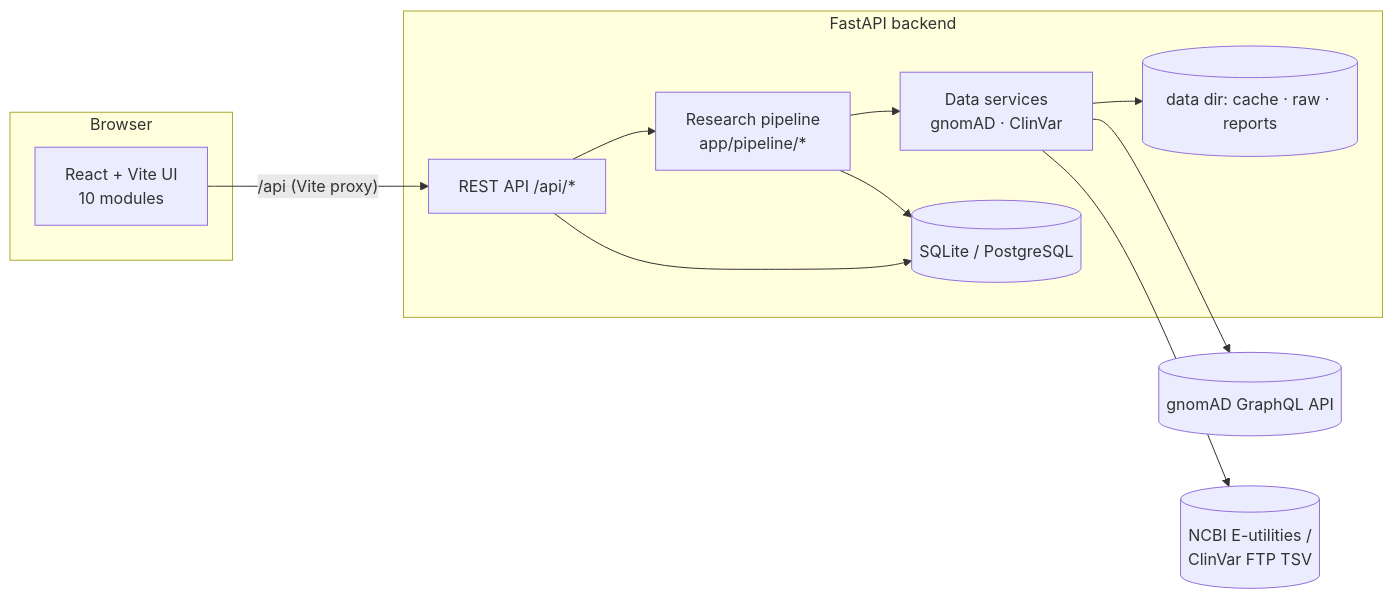
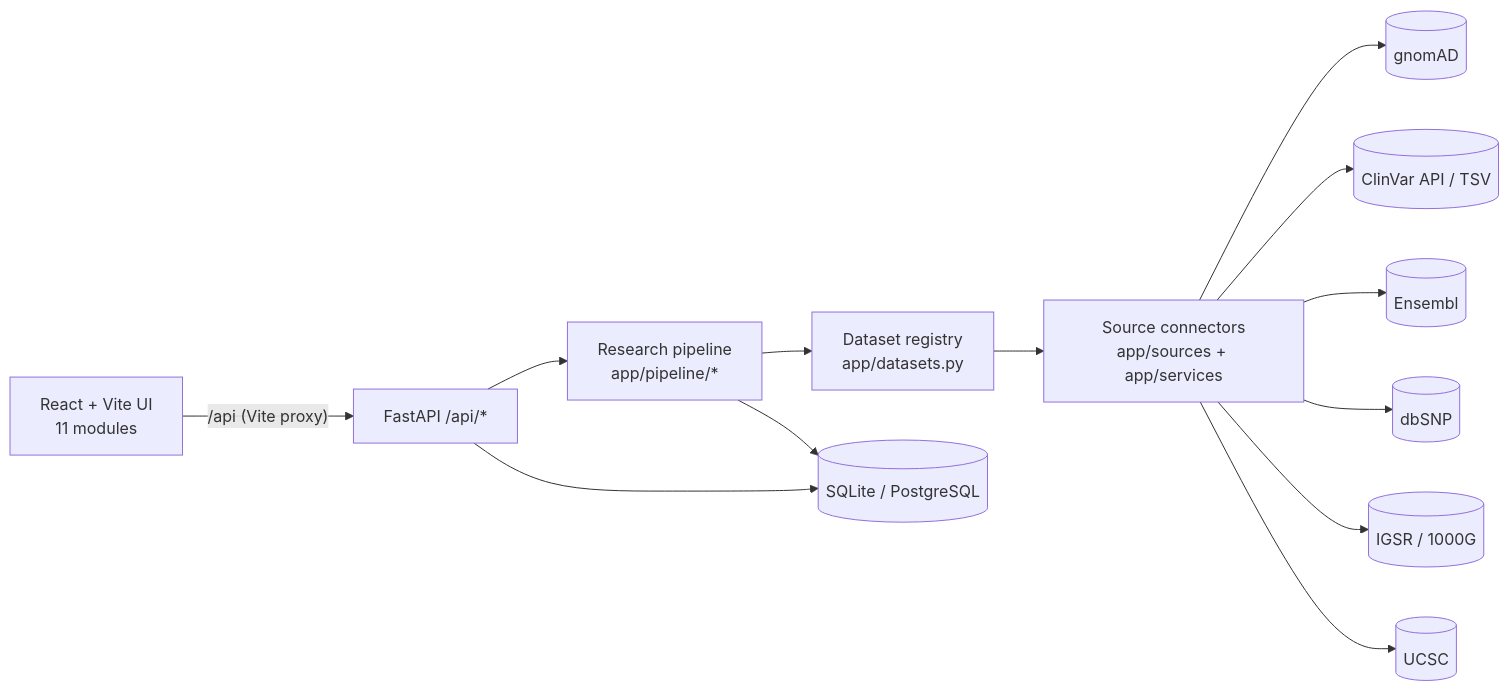
Before and after one commit to priyanxhii23/GeneLens-Genetic-Variant-Intelligence-Platform.: the diagram in README.md, drawn with Mermaid. The commit also changed other lines of this file and 17 other files, not shown here.

First line of the commit message:
Docs: setup-from-ZIP guide, data ecosystem, methodology, architecture, status; refreshed screenshots

````diff
--- a/README.md
+++ b/README.md
@@ -83,22 +257,10 @@
 ```mermaid
 flowchart LR
-  subgraph Browser
-    UI[React + Vite UI<br/>10 modules]
-  end
-  subgraph FastAPI backend
-    API[REST API /api/*]
-    PIPE[Research pipeline<br/>app/pipeline/*]
-    SVC[Data services<br/>gnomAD · ClinVar]
-    DB[(SQLite / PostgreSQL)]
-    FS[(data dir: cache · raw · reports)]
-  end
-  GNOMAD[(gnomAD GraphQL API)]
-  NCBI[(NCBI E-utilities /<br/>ClinVar FTP TSV)]
-  UI -- "/api (Vite proxy)" --> API
-  API --> PIPE --> SVC
-  SVC --> GNOMAD
-  SVC --> NCBI
-  PIPE --> DB
-  SVC --> FS
+  UI[React + Vite UI<br/>11 modules] -- "/api (Vite proxy)" --> API[FastAPI /api/*]
+  API --> PIPE[Research pipeline<br/>app/pipeline/*]
+  PIPE --> DS[Dataset registry<br/>app/datasets.py]
+  DS --> SRC[Source connectors<br/>app/sources + app/services]
+  SRC --> G[(gnomAD)] & C[(ClinVar API / TSV)] & E[(Ensembl)] & D[(dbSNP)] & I[(IGSR / 1000G)] & U[(UCSC)]
+  PIPE --> DB[(SQLite / PostgreSQL)]
   API --> DB
 ```
````
